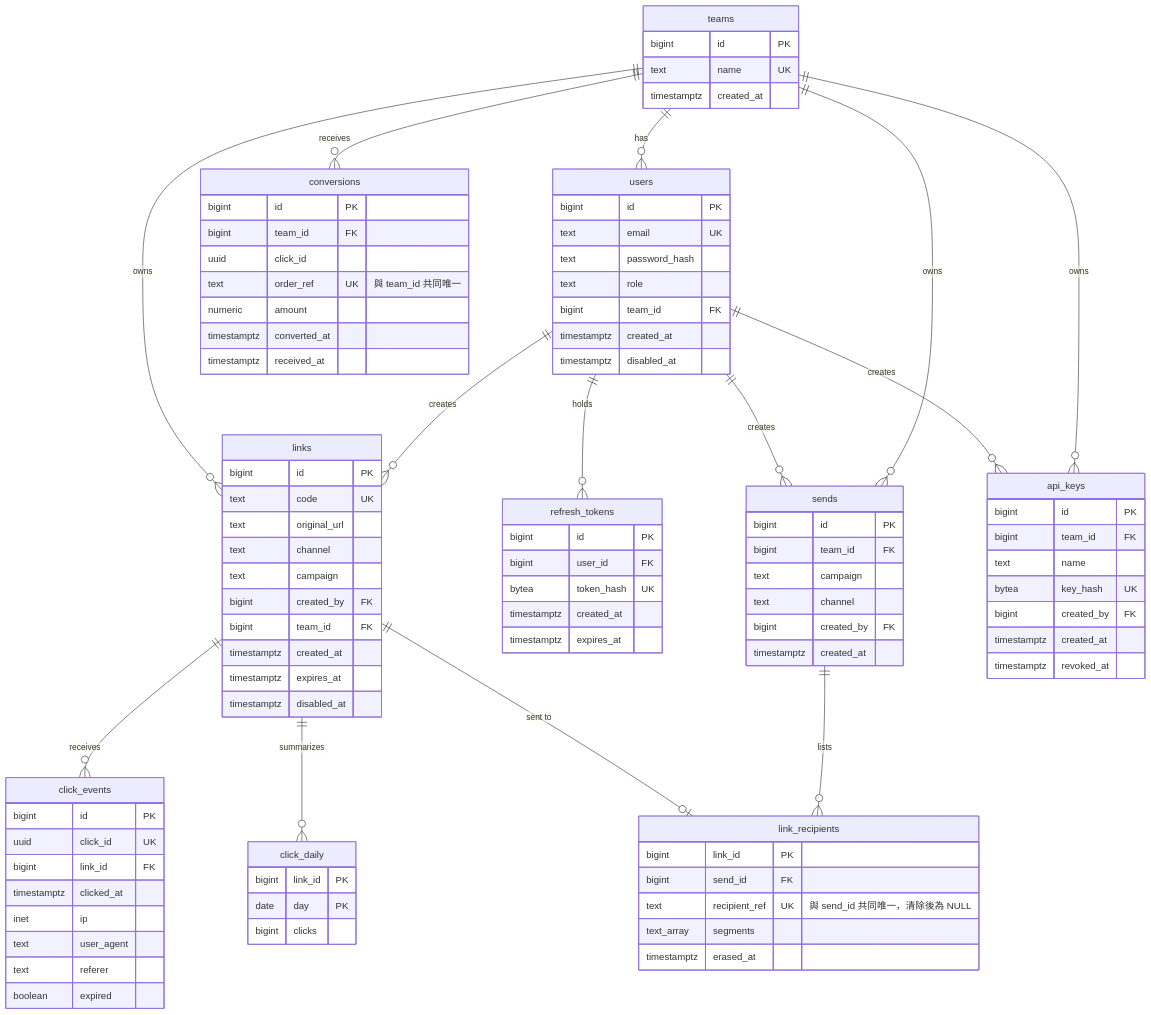
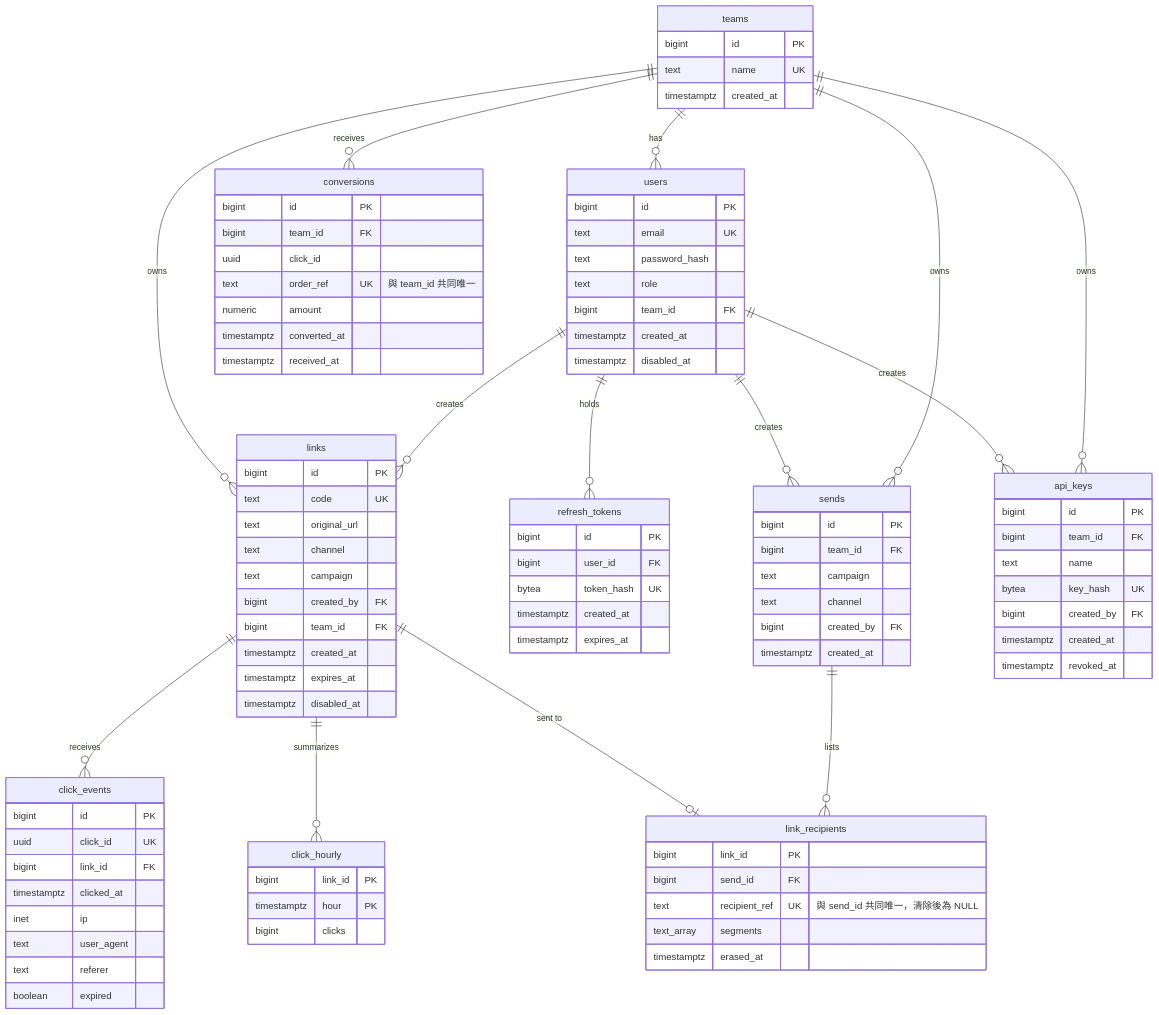
One commit to tarrragon/tinyurl-test changed the diagram in docs/system-design.md. Above: the diagram before and after it, drawn with Mermaid. The commit also changed other lines of this file and 6 other files, not shown here.

```diff
--- a/docs/system-design.md
+++ b/docs/system-design.md
@@ -109,7 +109,7 @@
     users ||--o{ links : creates
     teams ||--o{ links : owns
     links ||--o{ click_events : receives
-    links ||--o{ click_daily : summarizes
+    links ||--o{ click_hourly : summarizes
     users ||--o{ refresh_tokens : holds
     teams ||--o{ sends : owns
     sends ||--o{ link_recipients : lists
@@ -155,9 +155,9 @@
         text referer
         boolean expired
     }
-    click_daily {
+    click_hourly {
         bigint link_id PK
-        date day PK
+        timestamptz hour PK
         bigint clicks
     }
     refresh_tokens {
```
